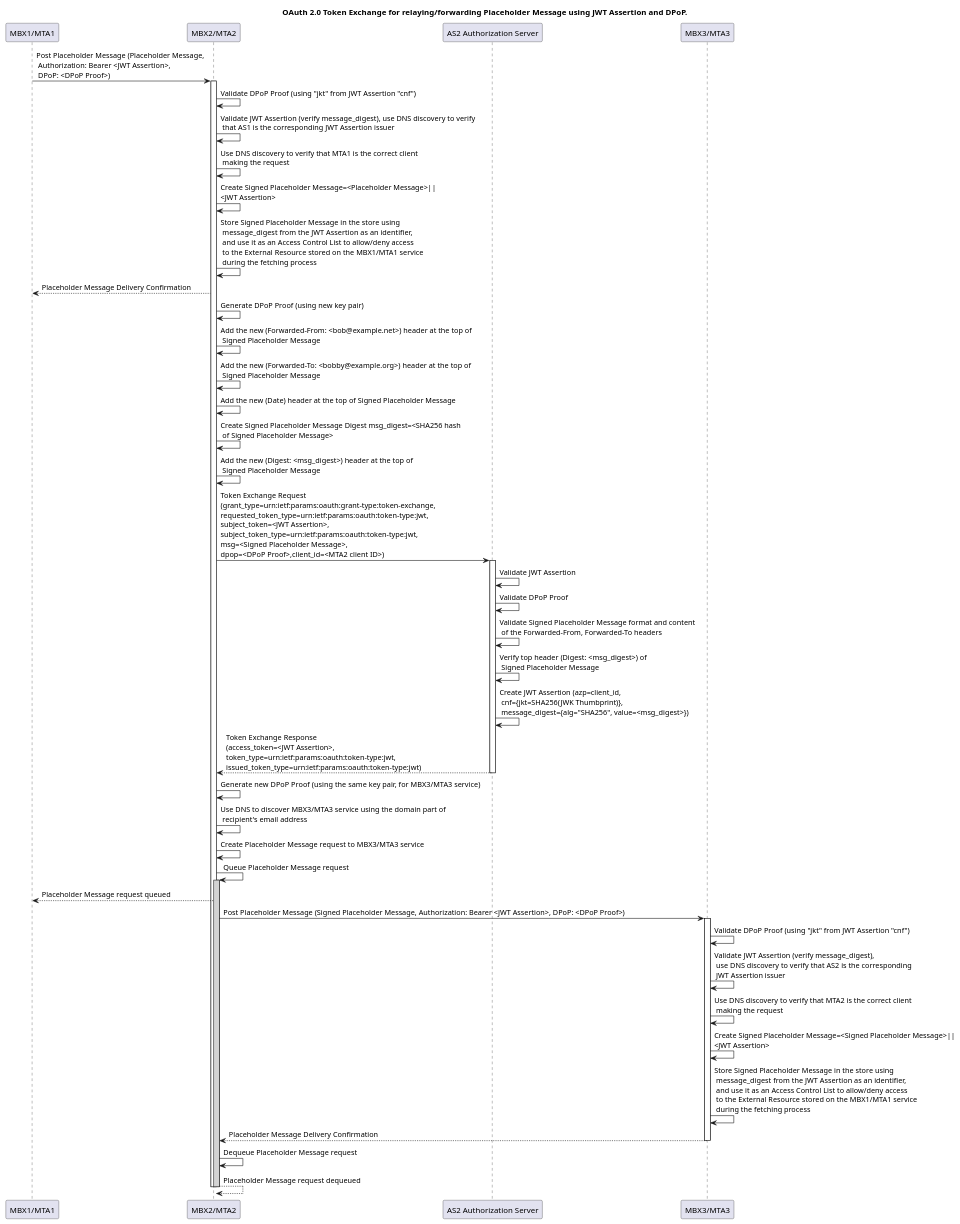
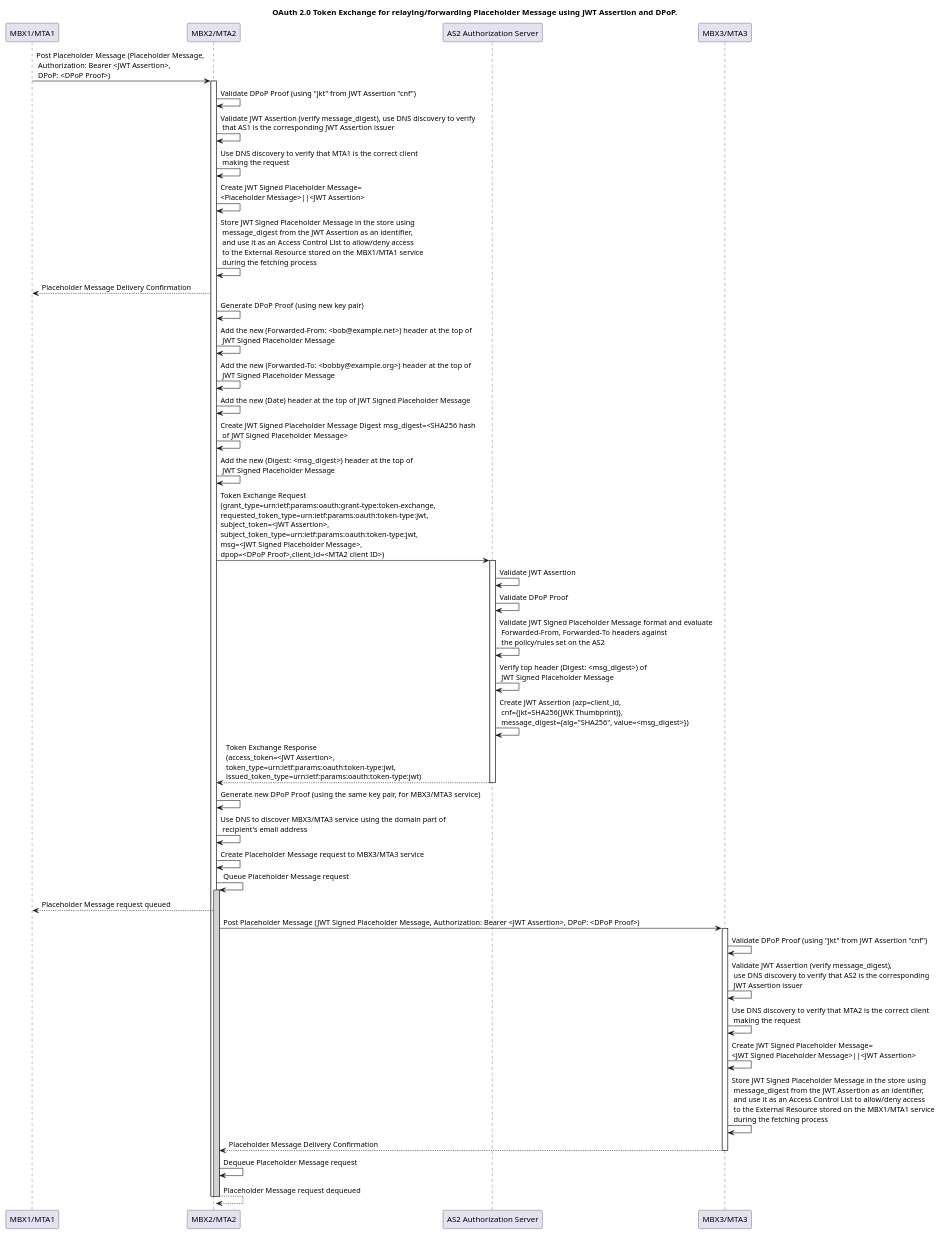
Before and after one commit to federizer/federizer: the fourth of 4 diagrams in docs/DESCRIPTION.md, drawn with PlantUML. The commit also changed other lines of this file and 2 other files, not shown here.

````diff
--- a/docs/DESCRIPTION.md
+++ b/docs/DESCRIPTION.md
@@ -450,65 +455,65 @@
 ```plantuml
 @startuml
 title OAuth 2.0 Token Exchange for relaying/forwarding Placeholder Message using JWT Assertion and DPoP.
-participant "MBX1/MTA1" as EntityA
-participant "MBX2/MTA2" as EntityB
+participant "MBX1/MTA1" as Entity1
+participant "MBX2/MTA2" as Entity2
 participant "AS2 Authorization Server" as AuthServer
-participant "MBX3/MTA3" as EntityC
+participant "MBX3/MTA3" as Entity3
 
-EntityA -> EntityB: Post Placeholder Message (Placeholder Message,\n Authorization: Bearer <JWT Assertion>,\n DPoP: <DPoP Proof>)
-activate EntityB
+Entity1 -> Entity2: Post Placeholder Message (Placeholder Message,\n Authorization: Bearer <JWT Assertion>,\n DPoP: <DPoP Proof>)
+activate Entity2
 
-EntityB -> EntityB: Validate DPoP Proof (using "jkt" from JWT Assertion "cnf")
-EntityB -> EntityB: Validate JWT Assertion (verify message_digest), use DNS discovery to verify\n that AS1 is the corresponding JWT Assertion issuer
-EntityB -> EntityB: Use DNS discovery to verify that MTA1 is the correct client\n making the request
-EntityB -> EntityB: Create Signed Placeholder Message=<Placeholder Message>||\n<JWT Assertion>
-EntityB -> EntityB: Store Signed Placeholder Message in the store using\n message_digest from the JWT Assertion as an identifier,\n and use it as an Access Control List to allow/deny access\n to the External Resource stored on the MBX1/MTA1 service\n during the fetching process
-EntityB --> EntityA: Placeholder Message Delivery Confirmation
+Entity2 -> Entity2: Validate DPoP Proof (using "jkt" from JWT Assertion "cnf")
+Entity2 -> Entity2: Validate JWT Assertion (verify message_digest), use DNS discovery to verify\n that AS1 is the corresponding JWT Assertion issuer
+Entity2 -> Entity2: Use DNS discovery to verify that MTA1 is the correct client\n making the request
+Entity2 -> Entity2: Create JWT Signed Placeholder Message=\n<Placeholder Message>||<JWT Assertion>
+Entity2 -> Entity2: Store JWT Signed Placeholder Message in the store using\n message_digest from the JWT Assertion as an identifier,\n and use it as an Access Control List to allow/deny access\n to the External Resource stored on the MBX1/MTA1 service\n during the fetching process
+Entity2 --> Entity1: Placeholder Message Delivery Confirmation
 
-EntityB -> EntityB: Generate DPoP Proof (using new key pair)
-EntityB -> EntityB: Add the new (Forwarded-From: <bob@example.net>) header at the top of\n Signed Placeholder Message
-EntityB -> EntityB: Add the new (Forwarded-To: <bobby@example.org>) header at the top of\n Signed Placeholder Message
-EntityB -> EntityB: Add the new (Date) header at the top of Signed Placeholder Message
-EntityB -> EntityB: Create Signed Placeholder Message Digest msg_digest=<SHA256 hash\n of Signed Placeholder Message>
-EntityB -> EntityB: Add the new (Digest: <msg_digest>) header at the top of\n Signed Placeholder Message
+Entity2 -> Entity2: Generate DPoP Proof (using new key pair)
+Entity2 -> Entity2: Add the new (Forwarded-From: <bob@example.net>) header at the top of\n JWT Signed Placeholder Message
+Entity2 -> Entity2: Add the new (Forwarded-To: <bobby@example.org>) header at the top of\n JWT Signed Placeholder Message
+Entity2 -> Entity2: Add the new (Date) header at the top of JWT Signed Placeholder Message
+Entity2 -> Entity2: Create JWT Signed Placeholder Message Digest msg_digest=<SHA256 hash\n of JWT Signed Placeholder Message>
+Entity2 -> Entity2: Add the new (Digest: <msg_digest>) header at the top of\n JWT Signed Placeholder Message
 
-EntityB -> AuthServer: Token Exchange Request\n(grant_type=urn:ietf:params:oauth:grant-type:token-exchange,\nrequested_token_type=urn:ietf:params:oauth:token-type:jwt,\nsubject_token=<JWT Assertion>,\nsubject_token_type=urn:ietf:params:oauth:token-type:jwt,\nmsg=<Signed Placeholder Message>,\ndpop=<DPoP Proof>,client_id=<MTA2 client ID>)
+Entity2 -> AuthServer: Token Exchange Request\n(grant_type=urn:ietf:params:oauth:grant-type:token-exchange,\nrequested_token_type=urn:ietf:params:oauth:token-type:jwt,\nsubject_token=<JWT Assertion>,\nsubject_token_type=urn:ietf:params:oauth:token-type:jwt,\nmsg=<JWT Signed Placeholder Message>,\ndpop=<DPoP Proof>,client_id=<MTA2 client ID>)
 activate AuthServer
 
 AuthServer -> AuthServer: Validate JWT Assertion
 AuthServer -> AuthServer: Validate DPoP Proof
-AuthServer -> AuthServer: Validate Signed Placeholder Message format and content\n of the Forwarded-From, Forwarded-To headers
-AuthServer -> AuthServer: Verify top header (Digest: <msg_digest>) of\n Signed Placeholder Message
+AuthServer -> AuthServer: Validate JWT Signed Placeholder Message format and evaluate\n Forwarded-From, Forwarded-To headers against\n the policy/rules set on the AS2
+AuthServer -> AuthServer: Verify top header (Digest: <msg_digest>) of\n JWT Signed Placeholder Message
 AuthServer -> AuthServer: Create JWT Assertion (azp=client_id,\n cnf={jkt=SHA256(JWK Thumbprint)},\n message_digest={alg="SHA256", value=<msg_digest>})
 
-AuthServer --> EntityB: Token Exchange Response\n(access_token=<JWT Assertion>,\ntoken_type=urn:ietf:params:oauth:token-type:jwt,\nissued_token_type=urn:ietf:params:oauth:token-type:jwt)
+AuthServer --> Entity2: Token Exchange Response\n(access_token=<JWT Assertion>,\ntoken_type=urn:ietf:params:oauth:token-type:jwt,\nissued_token_type=urn:ietf:params:oauth:token-type:jwt)
 deactivate AuthServer
 
-EntityB -> EntityB: Generate new DPoP Proof (using the same key pair, for MBX3/MTA3 service)
+Entity2 -> Entity2: Generate new DPoP Proof (using the same key pair, for MBX3/MTA3 service)
 
-EntityB -> EntityB: Use DNS to discover MBX3/MTA3 service using the domain part of\n recipient's email address
-EntityB -> EntityB: Create Placeholder Message request to MBX3/MTA3 service
-EntityB -> EntityB: Queue Placeholder Message request
-activate EntityB #LightGray
+Entity2 -> Entity2: Use DNS to discover MBX3/MTA3 service using the domain part of\n recipient's email address
+Entity2 -> Entity2: Create Placeholder Message request to MBX3/MTA3 service
+Entity2 -> Entity2: Queue Placeholder Message request
+activate Entity2 #LightGray
 
-EntityB --> EntityA: Placeholder Message request queued
+Entity2 --> Entity1: Placeholder Message request queued
 
-EntityB -> EntityC: Post Placeholder Message (Signed Placeholder Message, Authorization: Bearer <JWT Assertion>, DPoP: <DPoP Proof>)
-activate EntityC
+Entity2 -> Entity3: Post Placeholder Message (JWT Signed Placeholder Message, Authorization: Bearer <JWT Assertion>, DPoP: <DPoP Proof>)
+activate Entity3
 
-EntityC -> EntityC: Validate DPoP Proof (using "jkt" from JWT Assertion "cnf")
-EntityC -> EntityC: Validate JWT Assertion (verify message_digest),\n use DNS discovery to verify that AS2 is the corresponding\n JWT Assertion issuer
-EntityC -> EntityC: Use DNS discovery to verify that MTA2 is the correct client\n making the request
-EntityC -> EntityC: Create Signed Placeholder Message=<Signed Placeholder Message>||\n<JWT Assertion>
-EntityC -> EntityC: Store Signed Placeholder Message in the store using\n message_digest from the JWT Assertion as an identifier,\n and use it as an Access Control List to allow/deny access\n to the External Resource stored on the MBX1/MTA1 service\n during the fetching process
-EntityC --> EntityB: Placeholder Message Delivery Confirmation
-deactivate EntityC
-EntityB -> EntityB: Dequeue Placeholder Message request
-EntityB --> EntityB: Placeholder Message request dequeued
-deactivate EntityB
+Entity3 -> Entity3: Validate DPoP Proof (using "jkt" from JWT Assertion "cnf")
+Entity3 -> Entity3: Validate JWT Assertion (verify message_digest),\n use DNS discovery to verify that AS2 is the corresponding\n JWT Assertion issuer
+Entity3 -> Entity3: Use DNS discovery to verify that MTA2 is the correct client\n making the request
+Entity3 -> Entity3: Create JWT Signed Placeholder Message=\n<JWT Signed Placeholder Message>||<JWT Assertion>
+Entity3 -> Entity3: Store JWT Signed Placeholder Message in the store using\n message_digest from the JWT Assertion as an identifier,\n and use it as an Access Control List to allow/deny access\n to the External Resource stored on the MBX1/MTA1 service\n during the fetching process
+Entity3 --> Entity2: Placeholder Message Delivery Confirmation
+deactivate Entity3
+Entity2 -> Entity2: Dequeue Placeholder Message request
+Entity2 --> Entity2: Placeholder Message request dequeued
+deactivate Entity2
 
-'EntityB --> EntityA: Placeholder Message Forwarded Confirmation
-deactivate EntityB
+'Entity2 --> Entity1: Placeholder Message Forwarded Confirmation
+deactivate Entity2
 
 @enduml
 ```
````
